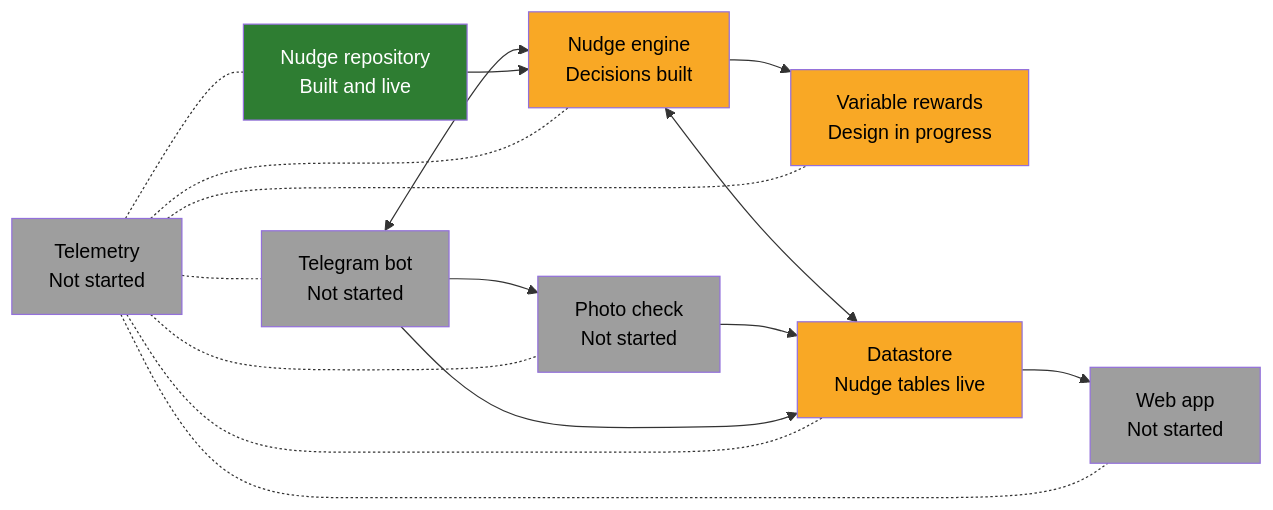
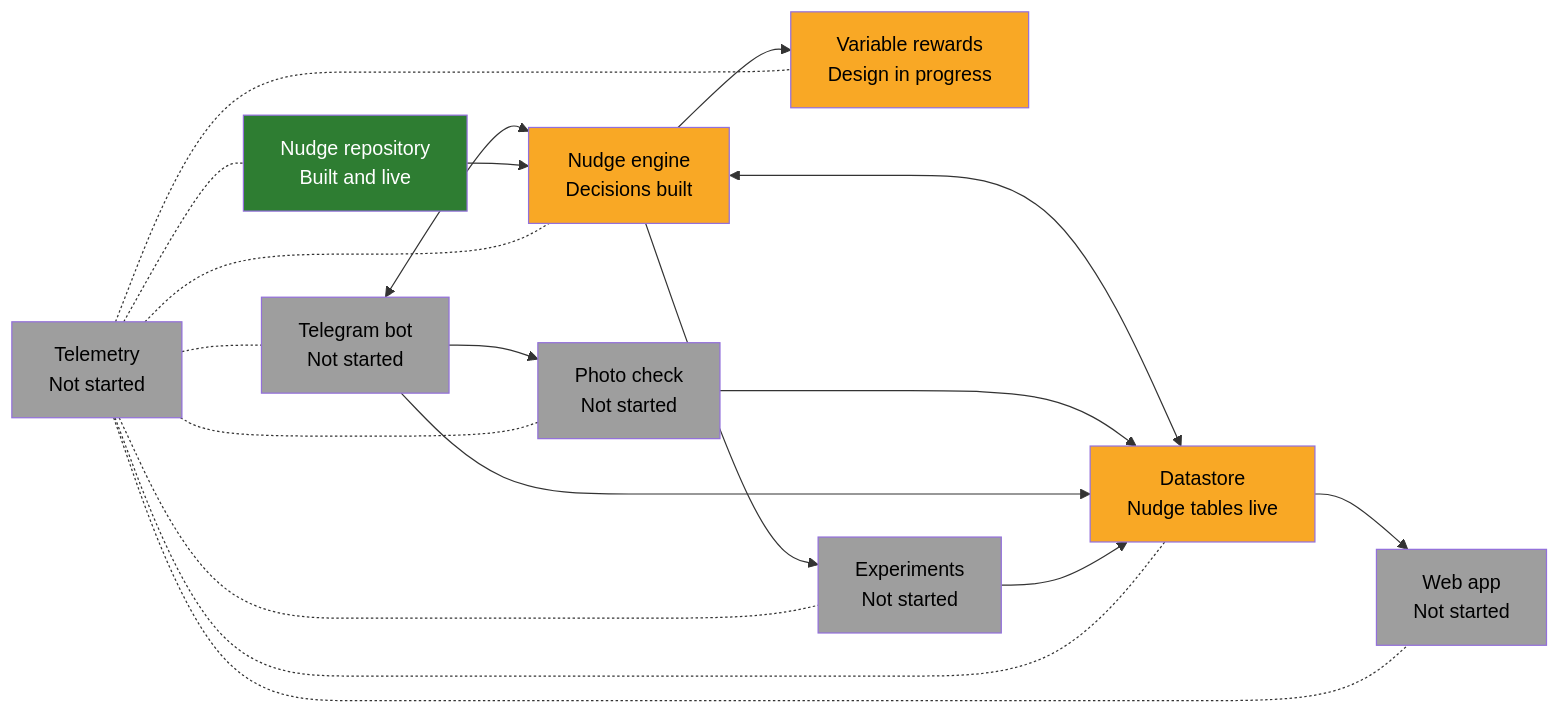
Before and after one commit to WeiLieh/FamilyHabitBuilder: the diagram in docs/ARCHITECTURE.md, drawn with Mermaid. The commit also changed 13 other files, not shown here.

````diff
--- a/docs/ARCHITECTURE.md
+++ b/docs/ARCHITECTURE.md
@@ -5,31 +5,35 @@
 ```mermaid
 flowchart LR
     telegram["Telegram bot<br/>Not started"]:::todo
     engine["Nudge engine<br/>Decisions built"]:::part
     repository["Nudge repository<br/>Built and live"]:::done
     photo["Photo check<br/>Not started"]:::todo
     rewards["Variable rewards<br/>Design in progress"]:::part
     datastore["Datastore<br/>Nudge tables live"]:::part
     webapp["Web app<br/>Not started"]:::todo
     telemetry["Telemetry<br/>Not started"]:::todo
+    experiments["Experiments<br/>Not started"]:::todo
 
     telegram <--> engine
     repository --> engine
     engine --> rewards
     engine <--> datastore
     telegram --> photo
     photo --> datastore
     telegram --> datastore
     datastore --> webapp
+    engine --> experiments
+    experiments --> datastore
     telemetry -.- telegram
     telemetry -.- engine
     telemetry -.- repository
     telemetry -.- photo
     telemetry -.- rewards
     telemetry -.- datastore
     telemetry -.- webapp
+    telemetry -.- experiments
 
     classDef done fill:#2e7d32,color:#ffffff
     classDef part fill:#f9a825,color:#000000
     classDef todo fill:#9e9e9e,color:#000000
 ```
````
